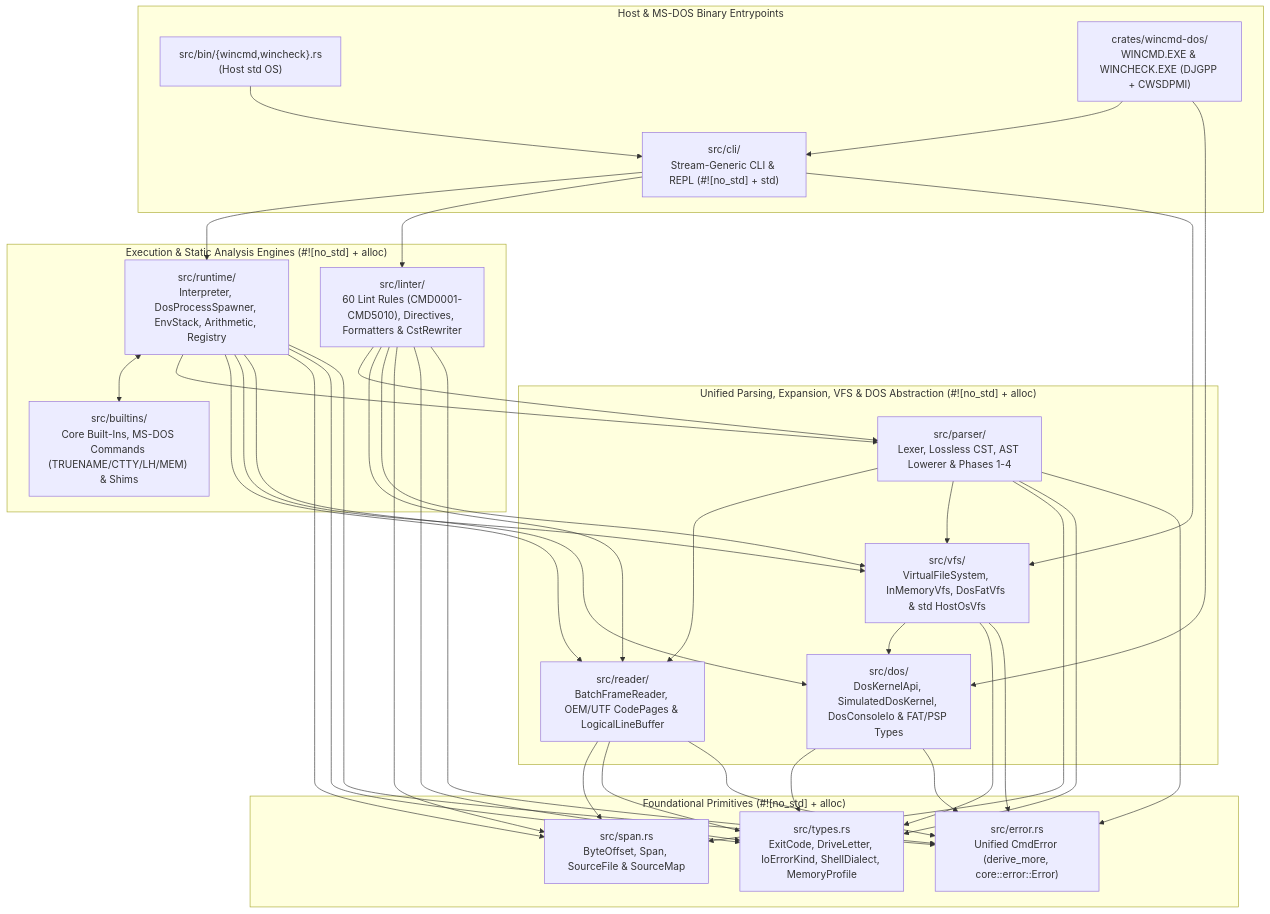
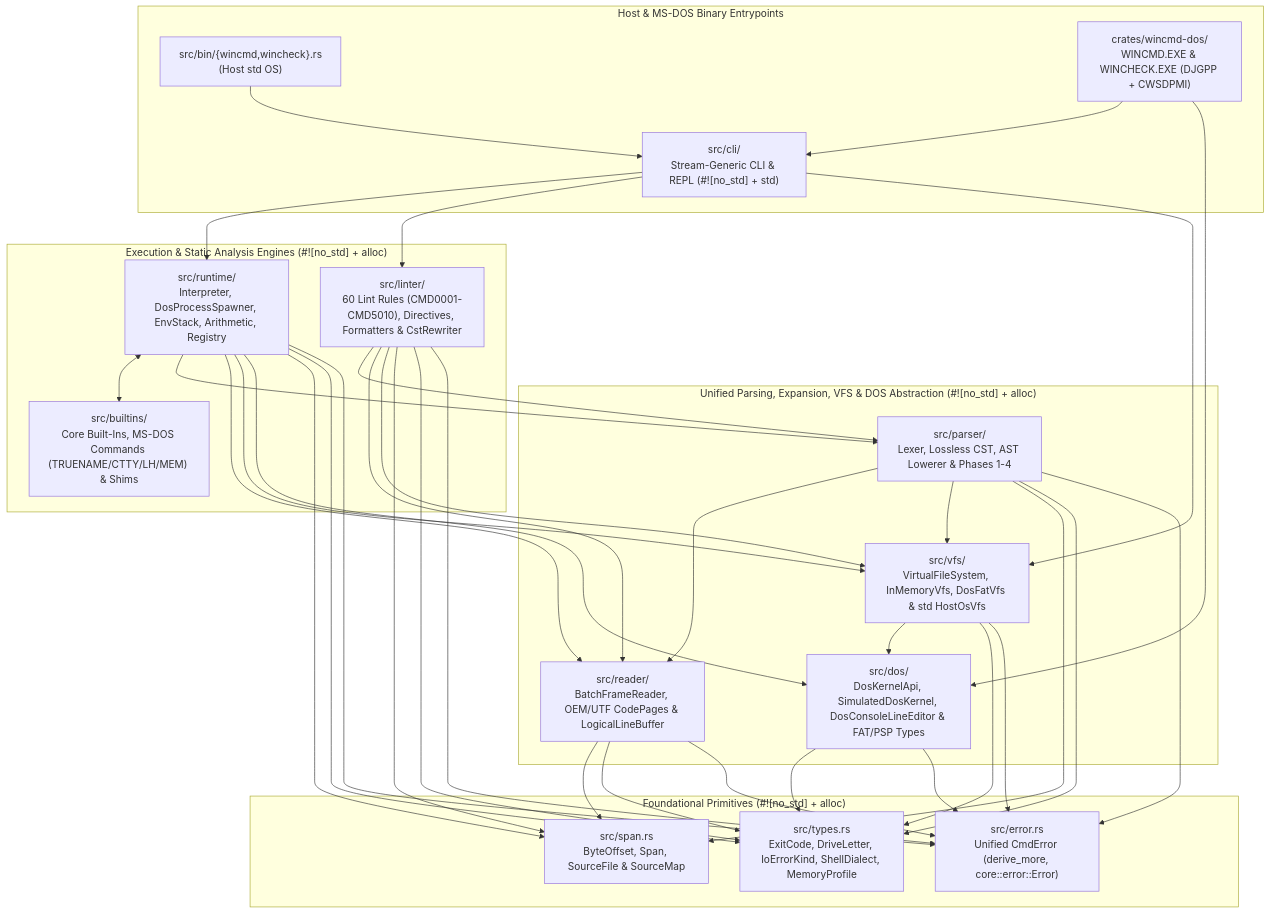
The first of 15 diagrams in ARCHITECTURE.md (SamuelMarks/win-cmd-rs), drawn with Mermaid before and after one commit. The commit also changed other lines of this file and 6 other files, not shown here.

````diff
--- a/ARCHITECTURE.md
+++ b/ARCHITECTURE.md
@@ -30,64 +30,64 @@
 ```mermaid
 flowchart TB
     subgraph Binaries["Host & MS-DOS Binary Entrypoints"]
         BIN_HOST["src/bin/{wincmd,wincheck}.rs<br/>(Host std OS)"]
         BIN_DOS["crates/wincmd-dos/<br/>WINCMD.EXE & WINCHECK.EXE (DJGPP + CWSDPMI)"]
         CLI["src/cli/<br/>Stream-Generic CLI & REPL (#![no_std] + std)"]
     end
 
     subgraph Engines["Execution & Static Analysis Engines (#![no_std] + alloc)"]
         RT["src/runtime/<br/>Interpreter, DosProcessSpawner, EnvStack, Arithmetic, Registry"]
         BI["src/builtins/<br/>Core Built-Ins, MS-DOS Commands (TRUENAME/CTTY/LH/MEM) & Shims"]
         LINT["src/linter/<br/>60 Lint Rules (CMD0001-CMD5010), Directives, Formatters & CstRewriter"]
     end
 
     subgraph Frontend["Unified Parsing, Expansion, VFS & DOS Abstraction (#![no_std] + alloc)"]
         PARSE["src/parser/<br/>Lexer, Lossless CST, AST Lowerer & Phases 1-4"]
         READ["src/reader/<br/>BatchFrameReader, OEM/UTF CodePages & LogicalLineBuffer"]
         VFS["src/vfs/<br/>VirtualFileSystem, InMemoryVfs, DosFatVfs & std HostOsVfs"]
-        DOS["src/dos/<br/>DosKernelApi, SimulatedDosKernel, DosConsoleIo & FAT/PSP Types"]
+        DOS["src/dos/<br/>DosKernelApi, SimulatedDosKernel, DosConsoleLineEditor & FAT/PSP Types"]
     end
 
     subgraph Core["Foundational Primitives (#![no_std] + alloc)"]
         SPAN["src/span.rs<br/>ByteOffset, Span, SourceFile & SourceMap"]
         TYPES["src/types.rs<br/>ExitCode, DriveLetter, IoErrorKind, ShellDialect, MemoryProfile"]
         ERR["src/error.rs<br/>Unified CmdError (derive_more, core::error::Error)"]
     end
 
     BIN_HOST --> CLI
     BIN_DOS --> CLI
     BIN_DOS --> DOS
     CLI --> RT
     CLI --> LINT
     CLI --> VFS
 
     RT <--> BI
     RT --> PARSE
     RT --> READ
     RT --> VFS
     RT --> DOS
 
     LINT --> PARSE
     LINT --> READ
     LINT --> VFS
 
     VFS --> DOS
     PARSE --> READ
     PARSE --> VFS
     DOS --> TYPES
     DOS --> ERR
     READ --> SPAN
     READ --> TYPES
     READ --> ERR
     PARSE --> SPAN
     PARSE --> TYPES
     PARSE --> ERR
     VFS --> TYPES
     VFS --> ERR
     RT --> SPAN
     RT --> TYPES
     RT --> ERR
     LINT --> SPAN
     LINT --> TYPES
     LINT --> ERR
 ```
````
